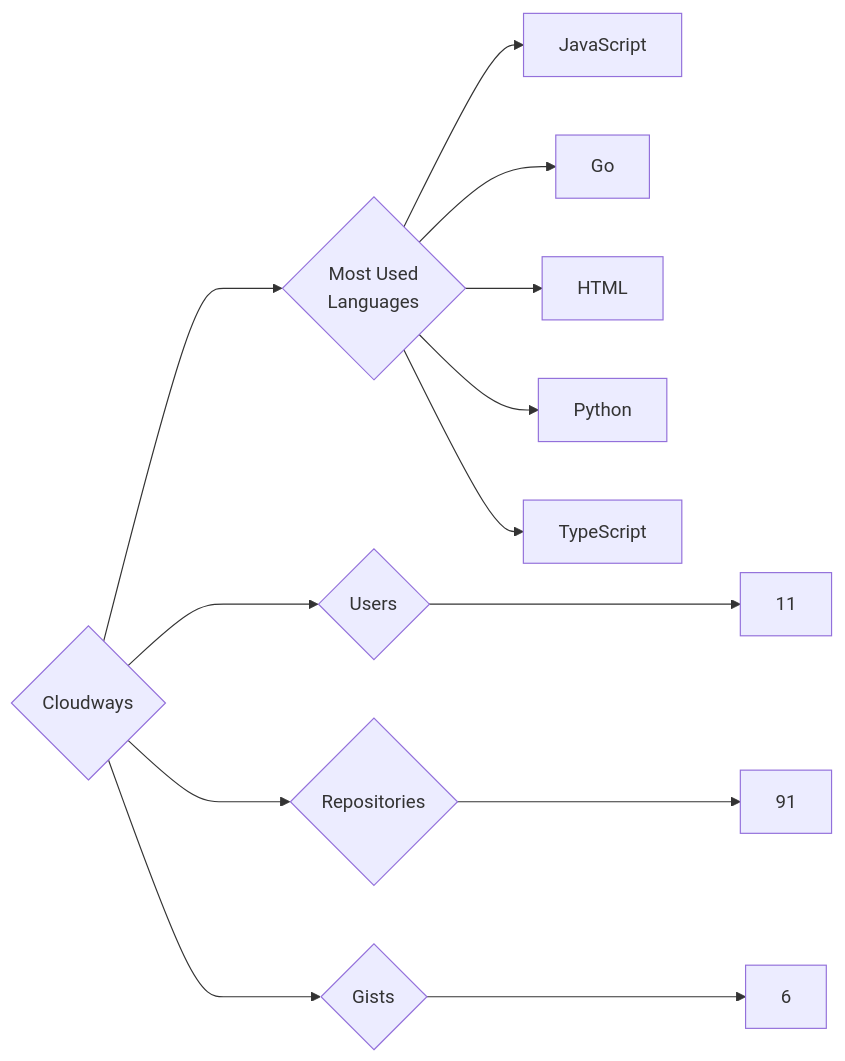
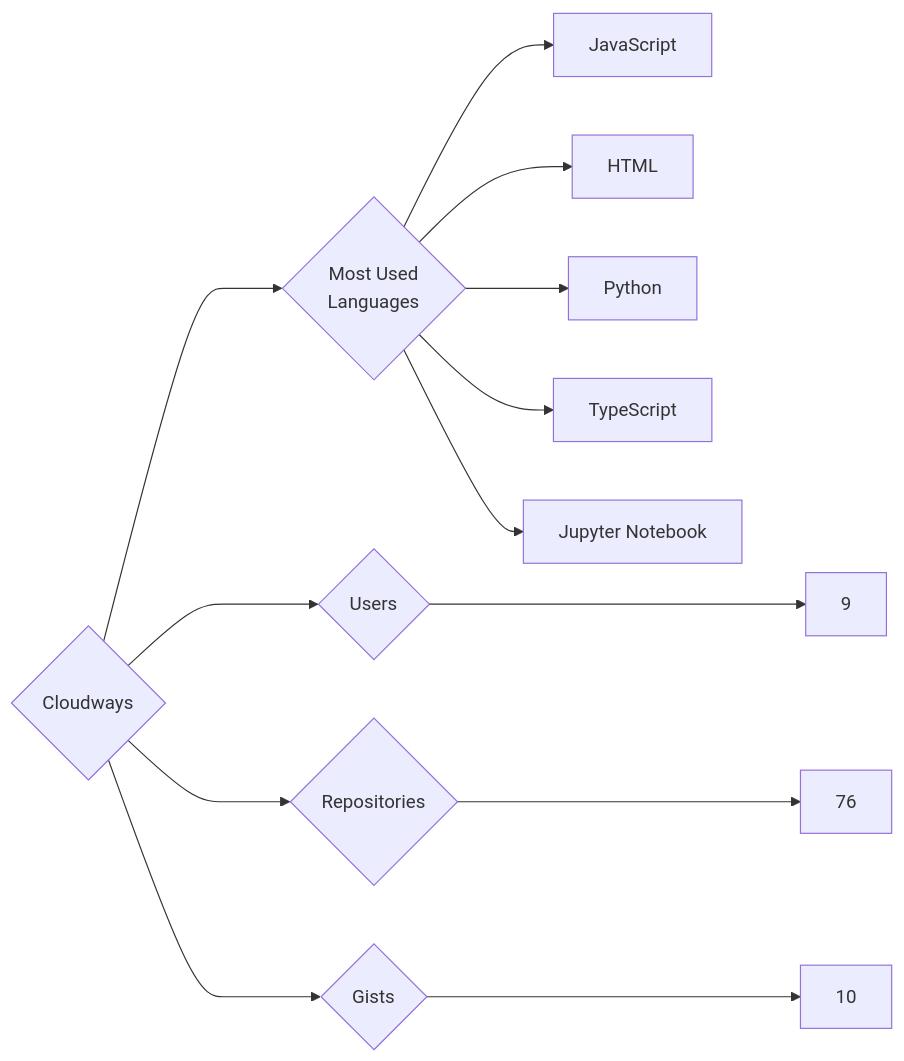
One commit to trickest/insiders changed the diagram in targets/Cloudways/README.md. Above: the diagram before and after it, drawn with Mermaid. The commit also changed 681 other files, not shown here.

````diff
--- a/targets/Cloudways/README.md
+++ b/targets/Cloudways/README.md
@@ -3,13 +3,13 @@
 ```mermaid
 graph LR
 COMPANY_NAME{Cloudways}
-COMPANY_NAME ---> U{Users} ---> UN[11]
-COMPANY_NAME ---> R{Repositories} ---> RN[91]
-COMPANY_NAME ---> G{Gists} ---> GN[6]
+COMPANY_NAME ---> U{Users} ---> UN[9]
+COMPANY_NAME ---> R{Repositories} ---> RN[76]
+COMPANY_NAME ---> G{Gists} ---> GN[10]
 COMPANY_NAME ---> ML{Most Used<br>Languages}
 ML --> JavaScript[JavaScript]
-ML --> Go[Go]
 ML --> HTML[HTML]
 ML --> Python[Python]
 ML --> TypeScript[TypeScript]
+ML --> Jupyter_Notebook[Jupyter Notebook]
 ```
````
